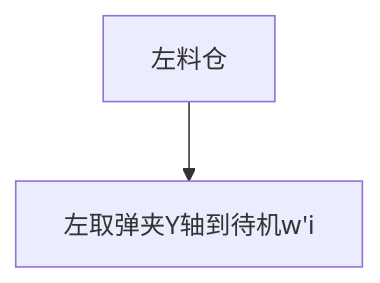
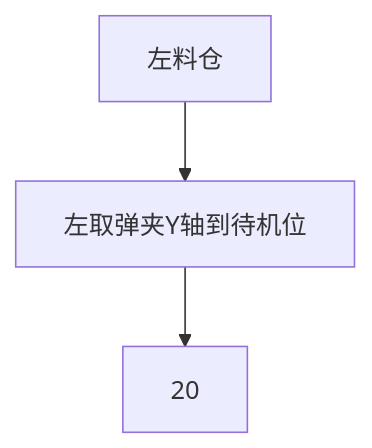
The diagram in all/VR-OP90左料仓.md (zmq000/iodraw-files), drawn with Mermaid before and after one commit.

Commit message:
2026-06-18 08:33:26 update

````diff
--- a/all/VR-OP90左料仓.md
+++ b/all/VR-OP90左料仓.md
@@ -1,5 +1,6 @@
 ```mermaid
 graph TD
 0[左料仓]-->10
-10[左取弹夹Y轴到待机w'i]
+10[左取弹夹Y轴到待机位]-->20
+
 ```
````
